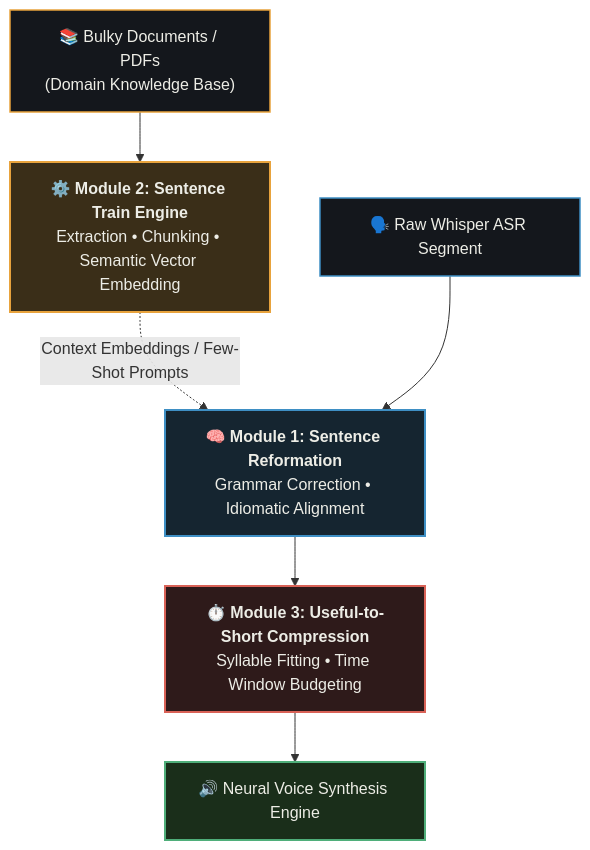
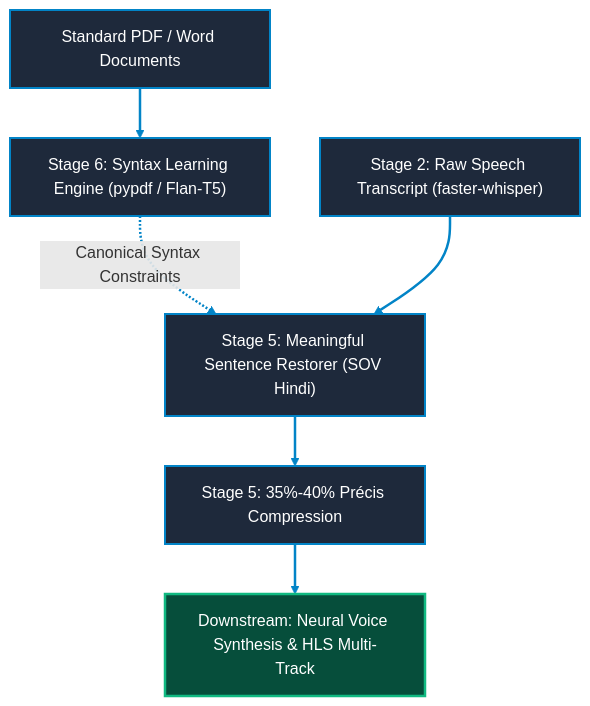
One commit to Babin123456/Nativox changed the diagram in ROADMAP.md. Above: the diagram before and after it, drawn with Mermaid. The commit also changed other lines of this file and 19 other files, not shown here.

First line of the commit message:
docs: standardize 6-stage architecture, remove launcher scripts, and refine documentation suite

````diff
--- a/ROADMAP.md
+++ b/ROADMAP.md
@@ -16,22 +16,23 @@
 ```mermaid
 graph TD
-    DOC["📚 Bulky Documents / PDFs<br/>(Domain Knowledge Base)"]
-    INGEST["⚙️ <b>Module 2: Sentence Train Engine</b><br/>Extraction • Chunking • Semantic Vector Embedding"]
-    ASR_IN["🗣️ Raw Whisper ASR Segment"]
-    REFORM["🧠 <b>Module 1: Sentence Reformation</b><br/>Grammar Correction • Idiomatic Alignment"]
-    COMPRESS["⏱️ <b>Module 3: Useful-to-Short Compression</b><br/>Syllable Fitting • Time Window Budgeting"]
-    TTS_OUT["🔊 Neural Voice Synthesis Engine"]
+    DOC["Standard PDF / Word Documents"]
+    INGEST["Stage 6: Syntax Learning Engine (pypdf / Flan-T5)"]
+    ASR_IN["Stage 2: Raw Speech Transcript (faster-whisper)"]
+    REFORM["Stage 5: Meaningful Sentence Restorer (SOV Hindi)"]
+    COMPRESS["Stage 5: 35%-40% Précis Compression"]
+    SYNTH["Downstream: Neural Voice Synthesis & HLS Multi-Track"]
 
     DOC --> INGEST
-    INGEST -.->|Context Embeddings / Few-Shot Prompts| REFORM
+    INGEST -.->|Canonical Syntax Constraints| REFORM
     ASR_IN --> REFORM
     REFORM --> COMPRESS
-    COMPRESS --> TTS_OUT
+    COMPRESS --> SYNTH
 
-    style DOC fill:#14171C,stroke:#E8A33D,stroke-width:1.5px,color:#EDEDE6
-    style INGEST fill:#3A2E18,stroke:#E8A33D,stroke-width:2px,color:#EDEDE6
-    style ASR_IN fill:#14171C,stroke:#3E8FC4,stroke-width:1.5px,color:#EDEDE6
-    style REFORM fill:#152530,stroke:#3E8FC4,stroke-width:2px,color:#EDEDE6
-    style COMPRESS fill:#2E1A1A,stroke:#D96257,stroke-width:2px,color:#EDEDE6
-    style TTS_OUT fill:#1A2E1A,stroke:#4FAE7A,stroke-width:2px,color:#EDEDE6
+    linkStyle default stroke:#0284C7,stroke-width:2.5px;
+
+    classDef stageNode fill:#1E293B,stroke:#0284C7,stroke-width:2px,color:#FFFFFF;
+    classDef finalNode fill:#064E3B,stroke:#10B981,stroke-width:2.5px,color:#FFFFFF;
+
+    class DOC,INGEST,ASR_IN,REFORM,COMPRESS stageNode;
+    class SYNTH finalNode;
 ```
````
